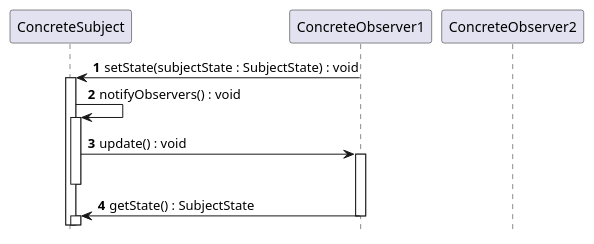
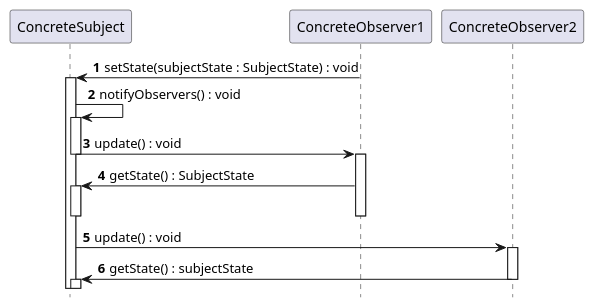
The diagram in ch09-observer-patterns/diagrams/observer-pattern-sequence.puml (walbatrossw/java-design-patterns), drawn with PlantUML before and after one commit. The commit also changed 1 other file, not shown here.

Commit message:
97th commit : observer pattern 9

```diff
--- a/ch09-observer-patterns/diagrams/observer-pattern-sequence.puml
+++ b/ch09-observer-patterns/diagrams/observer-pattern-sequence.puml
@@ -1,23 +1,27 @@
 @startuml
 
 hide footbox
 autonumber
 participant ConcreteSubject
 participant ConcreteObserver1
 participant ConcreteObserver2
-
 ConcreteSubject <- ConcreteObserver1 : setState(subjectState : SubjectState) : void
 activate ConcreteSubject
 ConcreteSubject -> ConcreteSubject : notifyObservers() : void
 activate ConcreteSubject
 ConcreteSubject -> ConcreteObserver1 : update() : void
+deactivate ConcreteSubject
 activate ConcreteObserver1
+ConcreteObserver1 -> ConcreteSubject : getState() : SubjectState
+activate ConcreteSubject
 deactivate ConcreteSubject
-ConcreteObserver1 -> ConcreteSubject : getState() : SubjectState
 deactivate ConcreteObserver1
+ConcreteSubject -> ConcreteObserver2 : update() : void
+activate ConcreteObserver2
+ConcreteObserver2 -> ConcreteSubject : getState() : subjectState
+deactivate ConcreteObserver2
 activate ConcreteSubject
-
-
-
+deactivate ConcreteSubject
+deactivate ConcreteSubject
 
 @enduml
```
